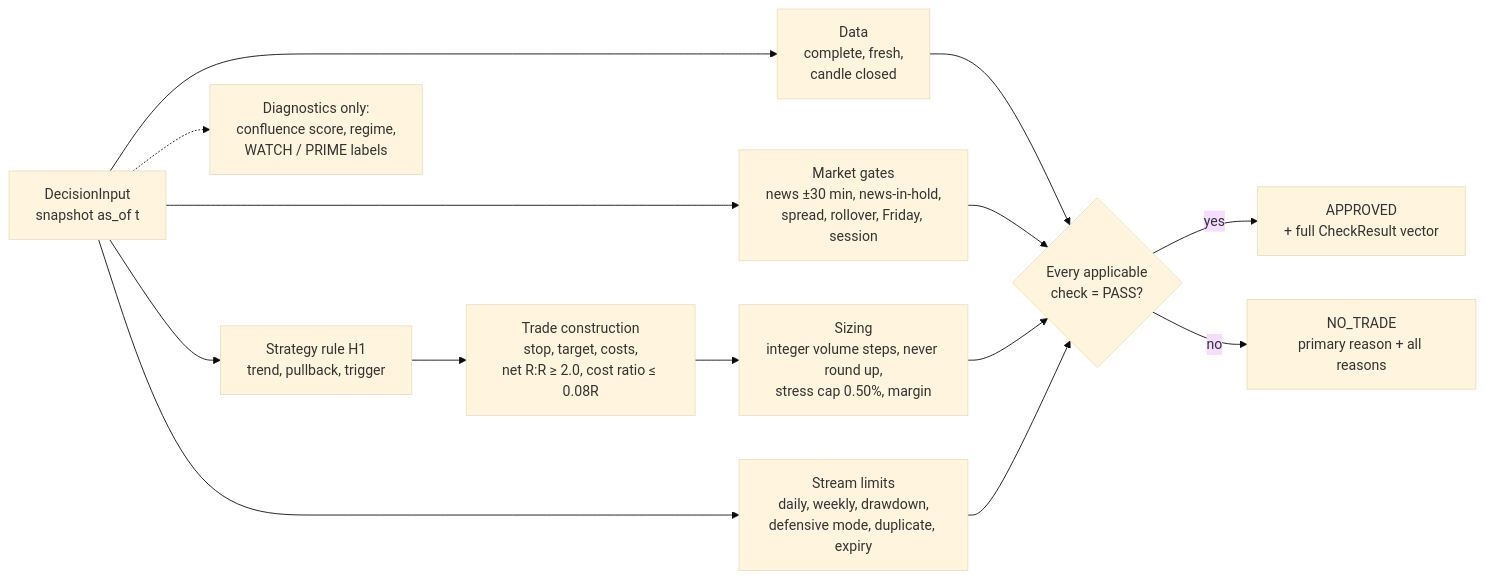
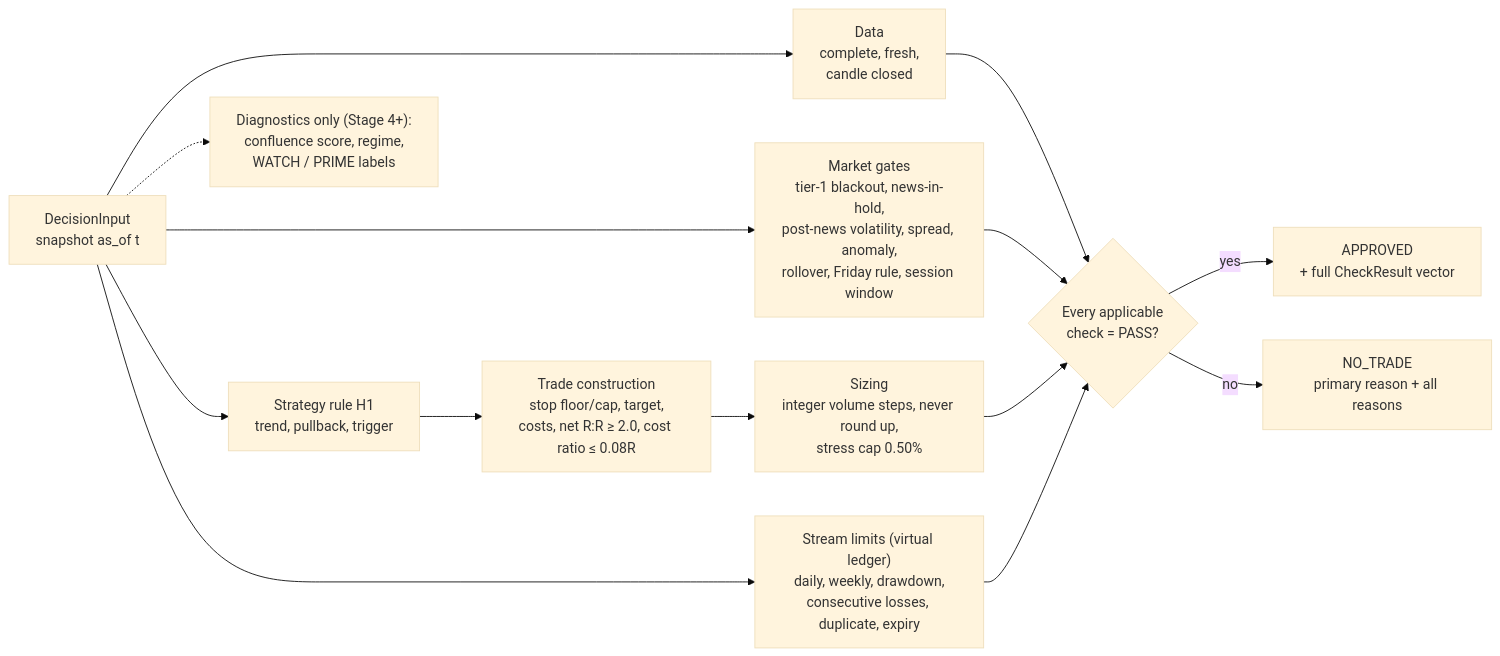
Before and after one commit to Nathi247/brazilian-real-estate-analysis: the fourth of 11 diagrams in aegis-fx/PLAN.md, drawn with Mermaid (base theme). The commit also changed other lines of this file and 2 other files, not shown here.

````diff
--- a/aegis-fx/PLAN.md
+++ b/aegis-fx/PLAN.md
@@ -167,13 +267,13 @@
 ```mermaid
 flowchart LR
   IN["DecisionInput<br/>snapshot as_of t"] --> C1["Data<br/>complete, fresh,<br/>candle closed"]
   IN --> C2["Strategy rule H1<br/>trend, pullback, trigger"]
-  C2 --> C4["Trade construction<br/>stop, target, costs,<br/>net R:R ≥ 2.0, cost ratio ≤ 0.08R"]
-  IN --> C3["Market gates<br/>news ±30 min, news-in-hold,<br/>spread, rollover, Friday, session"]
-  C4 --> C5["Sizing<br/>integer volume steps, never round up,<br/>stress cap 0.50%, margin"]
-  IN --> C6["Stream limits<br/>daily, weekly, drawdown,<br/>defensive mode, duplicate, expiry"]
+  C2 --> C4["Trade construction<br/>stop floor/cap, target,<br/>costs, net R:R ≥ 2.0, cost ratio ≤ 0.08R"]
+  IN --> C3["Market gates<br/>tier-1 blackout, news-in-hold,<br/>post-news volatility, spread, anomaly,<br/>rollover, Friday rule, session window"]
+  C4 --> C5["Sizing<br/>integer volume steps, never round up,<br/>stress cap 0.50%"]
+  IN --> C6["Stream limits (virtual ledger)<br/>daily, weekly, drawdown,<br/>consecutive losses, duplicate, expiry"]
   C1 & C3 & C5 & C6 --> AGG{"Every applicable<br/>check = PASS?"}
   AGG -- "yes" --> APP["APPROVED<br/>+ full CheckResult vector"]
   AGG -- "no" --> NT["NO_TRADE<br/>primary reason + all reasons"]
-  IN -.-> DIAG["Diagnostics only:<br/>confluence score, regime,<br/>WATCH / PRIME labels"]
+  IN -.-> DIAG["Diagnostics only (Stage 4+):<br/>confluence score, regime,<br/>WATCH / PRIME labels"]
 ```
````
